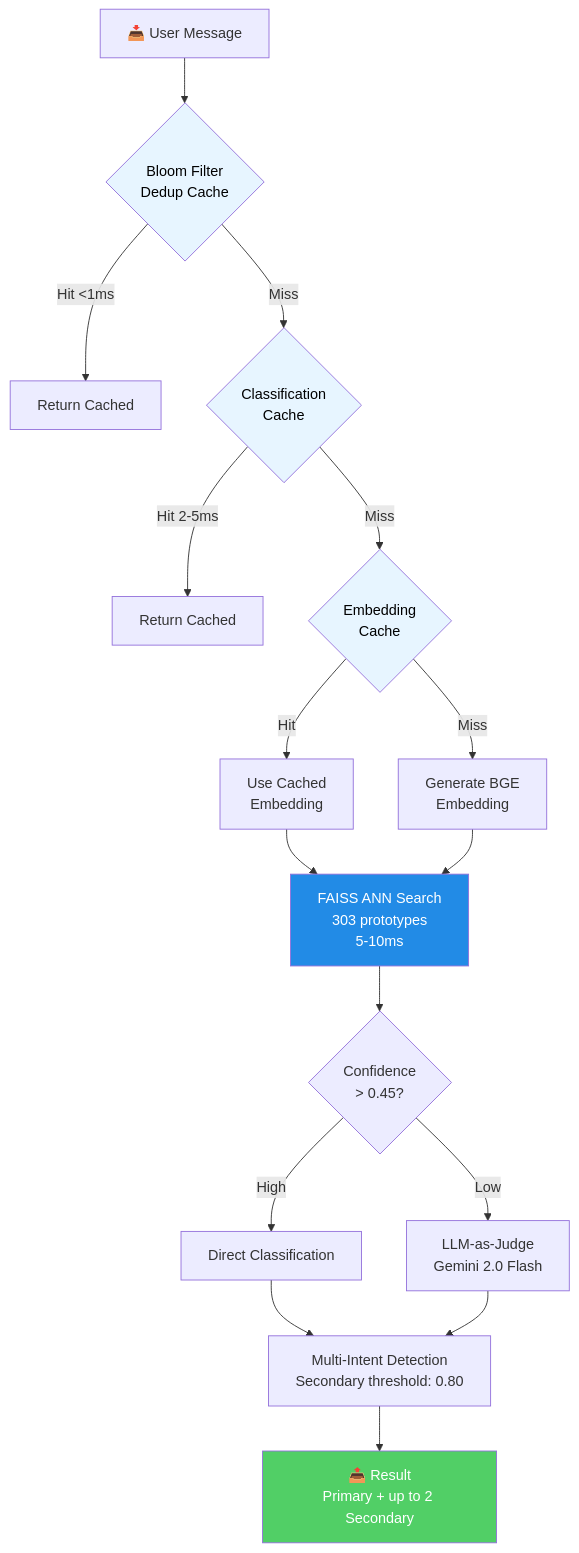
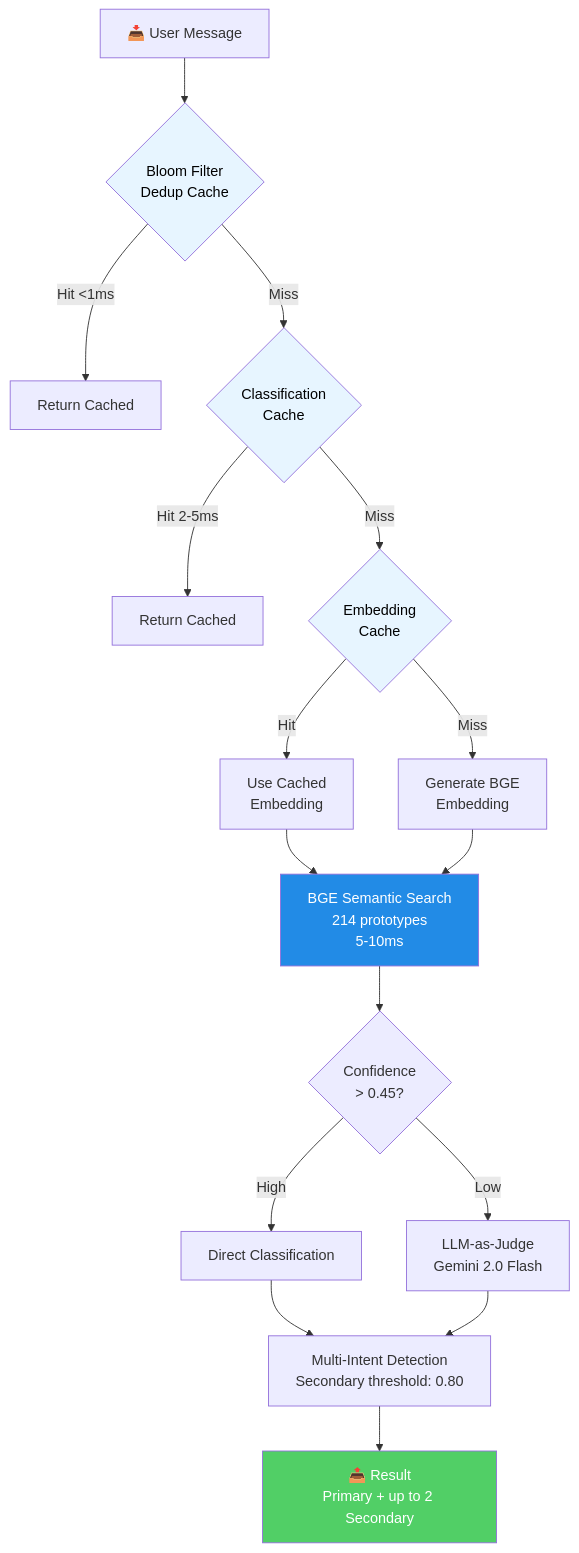
Before and after one commit to asq-sheriff/SHOWCASE_REPO-Therapeutic_AI_Companion: the fourth of 11 diagrams in docs/TECHNICAL_PORTFOLIO.md, drawn with Mermaid. The commit also changed other lines of this file and 7 other files, not shown here.

First line of the commit message:
docs: Sync all documentation with current state and accelerated roadmap

````diff
--- a/docs/TECHNICAL_PORTFOLIO.md
+++ b/docs/TECHNICAL_PORTFOLIO.md
@@ -259,32 +280,32 @@
 ```mermaid
 flowchart TD
     A["📥 User Message"] --> B1{Bloom Filter<br/>Dedup Cache}
 
     B1 -->|"Hit <1ms"| R1["Return Cached"]
     B1 -->|"Miss"| B2{Classification<br/>Cache}
 
     B2 -->|"Hit 2-5ms"| R2["Return Cached"]
     B2 -->|"Miss"| B3{Embedding<br/>Cache}
 
     B3 -->|"Hit"| B4["Use Cached<br/>Embedding"]
     B3 -->|"Miss"| B5["Generate BGE<br/>Embedding"]
 
-    B4 --> C["FAISS ANN Search<br/>303 prototypes<br/>5-10ms"]
+    B4 --> C["BGE Semantic Search<br/>214 prototypes<br/>5-10ms"]
     B5 --> C
 
     C --> D{"Confidence<br/>> 0.45?"}
 
     D -->|"High"| E["Direct Classification"]
     D -->|"Low"| F["LLM-as-Judge<br/>Gemini 2.0 Flash"]
 
     E --> G["Multi-Intent Detection<br/>Secondary threshold: 0.80"]
     F --> G
 
     G --> H["📤 Result<br/>Primary + up to 2 Secondary"]
 
     style B1 fill:#e7f5ff,color:#000
     style B2 fill:#e7f5ff,color:#000
     style B3 fill:#e7f5ff,color:#000
     style C fill:#228be6,color:#fff
     style H fill:#51cf66,color:#fff
 ```
````
